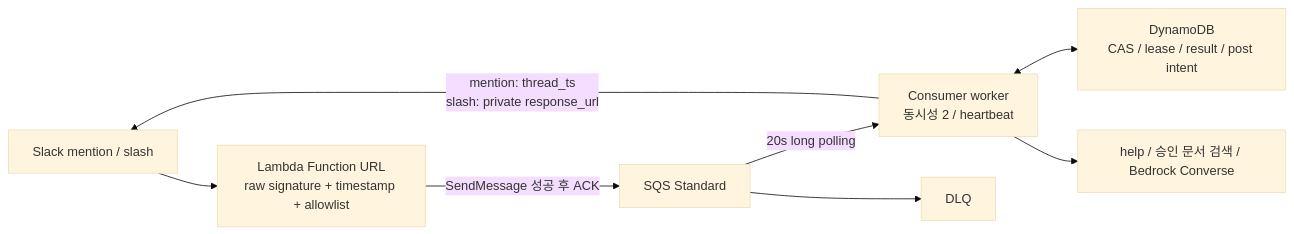
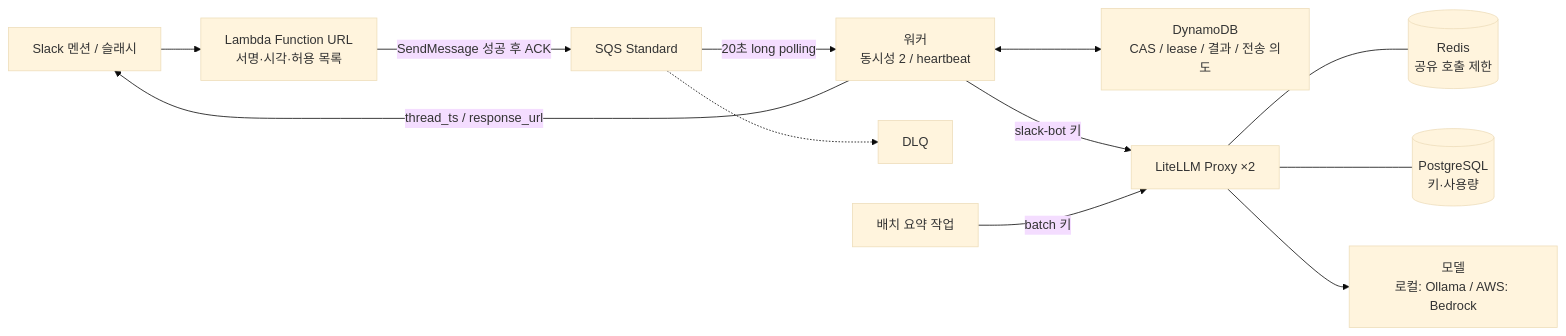
Before and after one commit to UtterAI-aws13/UtterAI_Infra: the diagram in components/slack-llm-worker/README.md, drawn with Mermaid (base theme). The commit also changed other lines of this file and 4 other files, not shown here.

Commit message:
docs(slack-worker): document AWS resource mapping, cost assumptions and unproven items

````diff
--- a/components/slack-llm-worker/README.md
+++ b/components/slack-llm-worker/README.md
@@ -9,10 +9,14 @@
 ```mermaid
 flowchart LR
-    S[Slack mention / slash] --> L[Lambda Function URL\nraw signature + timestamp + allowlist]
+    S[Slack 멘션 / 슬래시] --> L[Lambda Function URL<br/>서명·시각·허용 목록]
     L -->|SendMessage 성공 후 ACK| Q[SQS Standard]
-    Q -->|20s long polling| W[Consumer worker\n동시성 2 / heartbeat]
-    Q --> D[DLQ]
-    W <--> T[DynamoDB\nCAS / lease / result / post intent]
-    W --> P[help / 승인 문서 검색 / Bedrock Converse]
-    W -->|mention: thread_ts\nslash: private response_url| S
+    Q -->|20초 long polling| W[워커<br/>동시성 2 / heartbeat]
+    Q -.-> D[DLQ]
+    W <--> T[DynamoDB<br/>CAS / lease / 결과 / 전송 의도]
+    W -->|slack-bot 키| G[LiteLLM Proxy ×2]
+    BJ[배치 요약 작업] -->|batch 키| G
+    G --- R[(Redis<br/>공유 호출 제한)]
+    G --- P[(PostgreSQL<br/>키·사용량)]
+    G --> M[모델<br/>로컬: Ollama / AWS: Bedrock]
+    W -->|thread_ts / response_url| S
 ```
````
